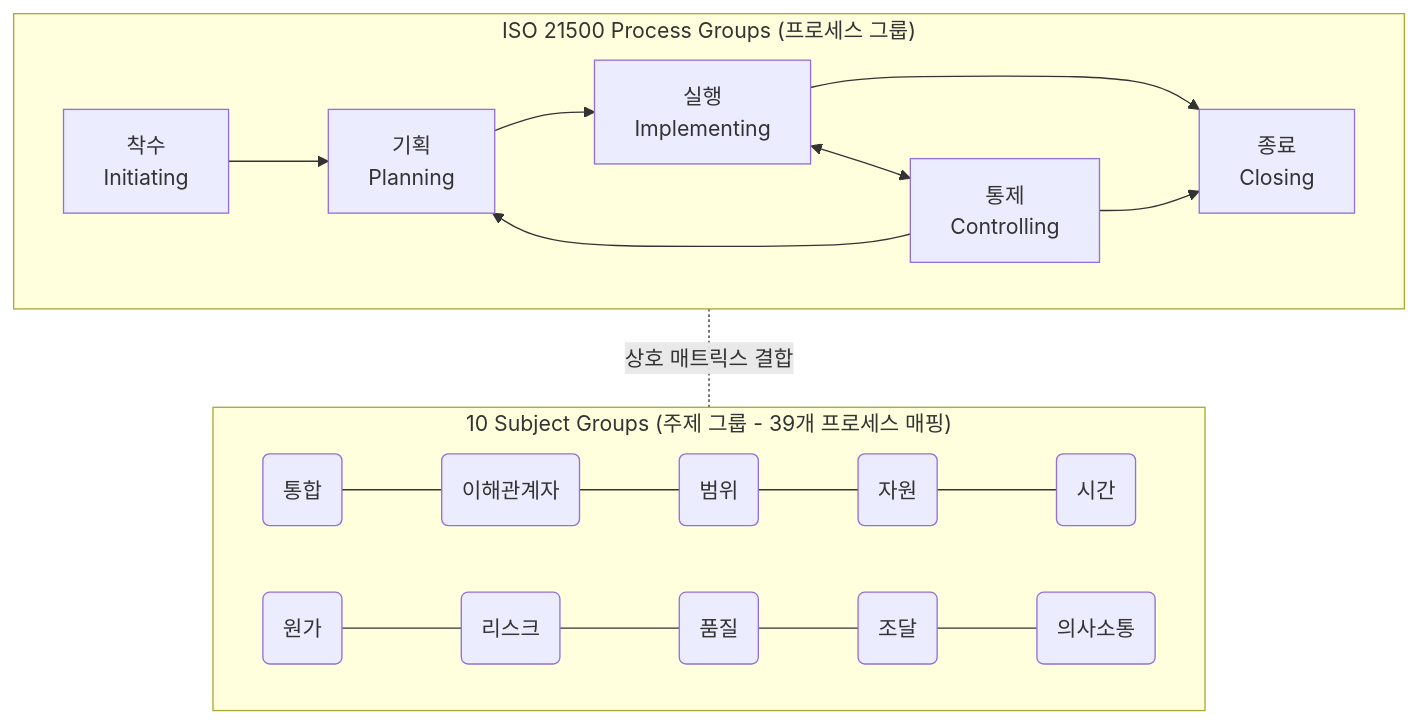
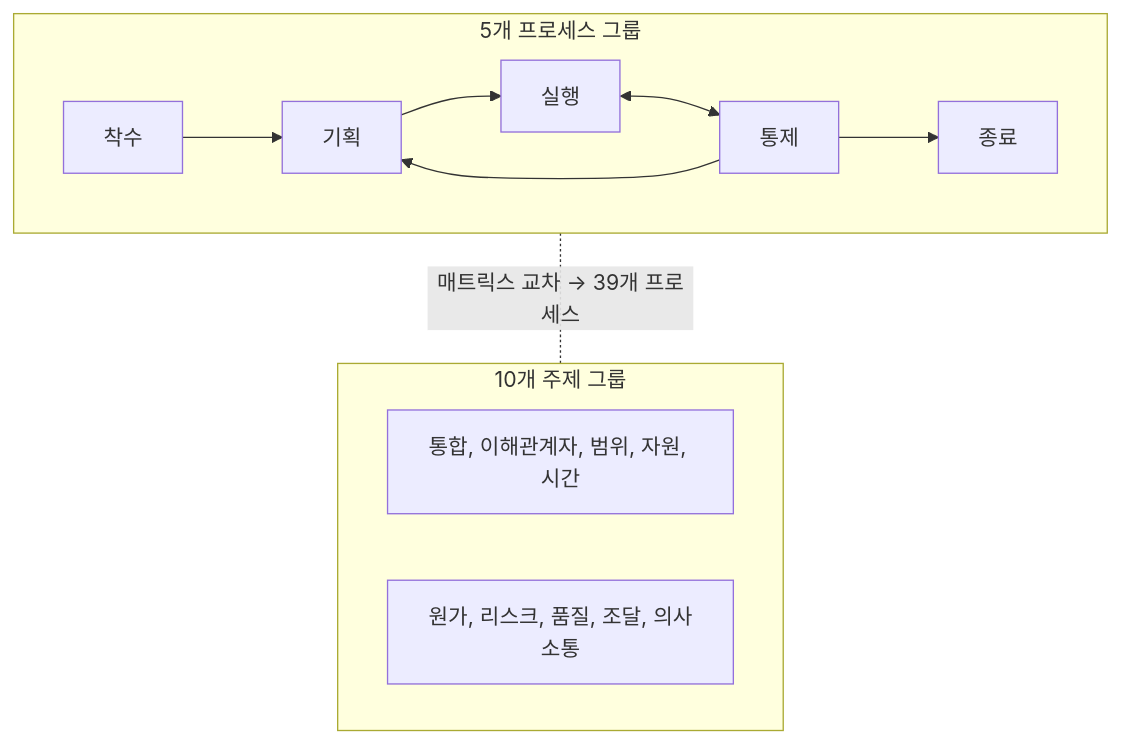
One commit to supremethumb/supremethumb.github.io changed the diagram in content/01_IT Tech/ISO 21500.md. Above: the diagram before and after it, drawn with Mermaid. The commit also changed other lines of this file and 1087 other files, not shown here.

````diff
--- a/content/01_IT Tech/ISO 21500.md
+++ b/content/01_IT Tech/ISO 21500.md
@@ -27,21 +32,17 @@
 ```mermaid
 flowchart TD
-    subgraph "ISO 21500 Process Groups (프로세스 그룹)"
+    subgraph PG ["5개 프로세스 그룹"]
         direction LR
-        I[착수<br/>Initiating] --> P[기획<br/>Planning]
-        P --> E[실행<br/>Implementing]
-        E <--> C[통제<br/>Controlling]
+        I["착수"] --> P["기획"]
+        P --> E["실행"]
+        E <--> C["통제"]
         C --> P
-        E --> CL[종료<br/>Closing]
-        C --> CL
+        C --> CL["종료"]
     end
-
-    subgraph "10 Subject Groups (주제 그룹 - 39개 프로세스 매핑)"
+    subgraph SG ["10개 주제 그룹"]
         direction LR
-        S1(통합) --- S2(이해관계자) --- S3(범위) --- S4(자원) --- S5(시간)
-        S6(원가) --- S7(리스크) --- S8(품질) --- S9(조달) --- S10(의사소통)
+        S1["통합, 이해관계자, 범위, 자원, 시간"]
+        S2["원가, 리스크, 품질, 조달, 의사소통"]
     end
-
-    I -. "상호 매트릭스 결합" .- S1
-
+    PG -. "매트릭스 교차 → 39개 프로세스" .- SG
 ```
````
